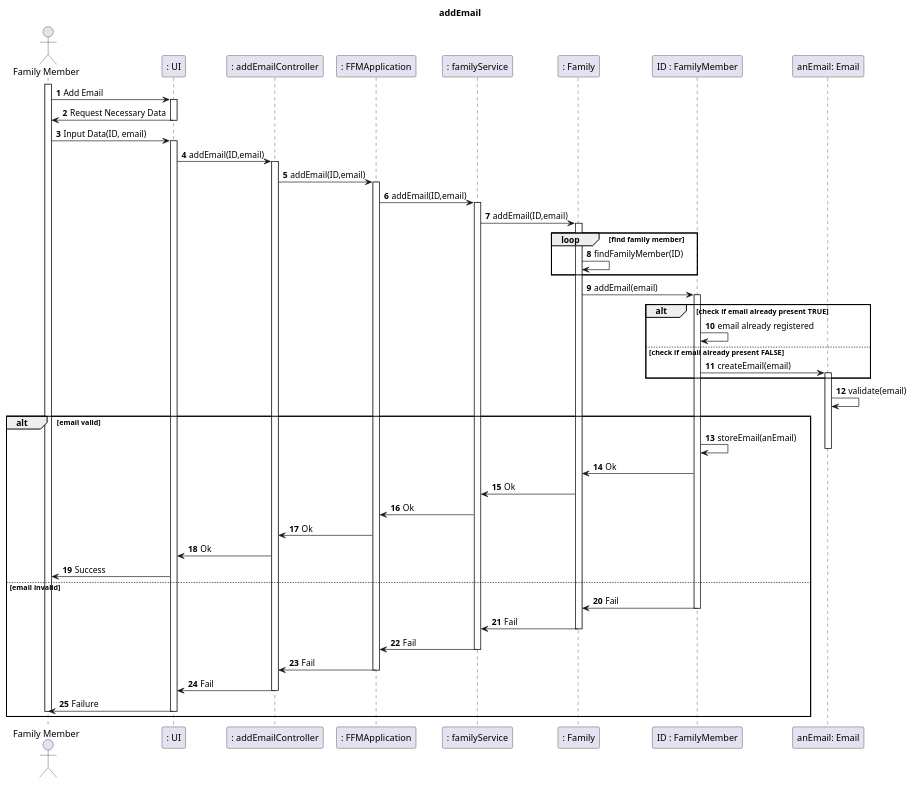
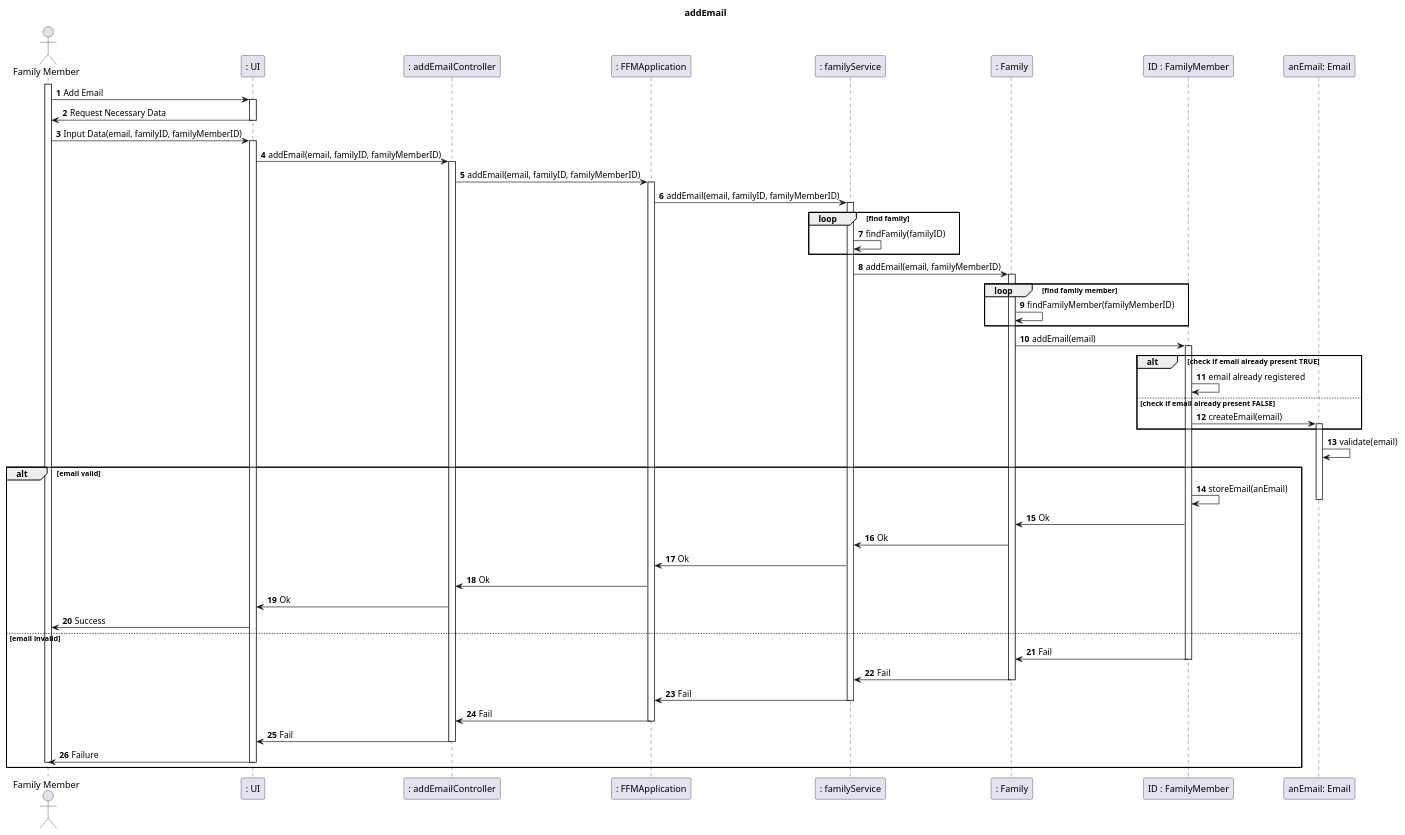
The diagram in docs/US151AddEmail.md (tomas-osswald/switch_2020_g3), drawn with PlantUML before and after one commit.

Commit message:
Corrected sequence diagram to reflect the input of the FamilyID

`````diff
--- a/docs/US151AddEmail.md
+++ b/docs/US151AddEmail.md
@@ -31,74 +31,77 @@
 ````puml
 @startuml
 autonumber
 title addEmail
 actor "Family Member" as actor
 participant ": UI" as UI
 participant ": addEmailController" as controller
 participant ": FFMApplication" as application
 participant ": familyService" as service
 participant ": Family" as family
 participant "ID : FamilyMember" as familym
 participant "anEmail: Email" as email
 
 activate actor
 actor -> UI: Add Email
 activate UI
 UI -> actor: Request Necessary Data
 deactivate UI
-actor -> UI: Input Data(ID, email)
+actor -> UI: Input Data(email, familyID, familyMemberID)
 activate UI
-UI -> controller: addEmail(ID,email)
+UI -> controller: addEmail(email, familyID, familyMemberID)
 activate controller
-controller -> application: addEmail(ID,email)
+controller -> application: addEmail(email, familyID, familyMemberID)
 activate application
-application -> service: addEmail(ID,email)
+application -> service: addEmail(email, familyID, familyMemberID)
 activate service
-service -> family: addEmail(ID,email)
+loop find family
+    service -> service: findFamily(familyID)
+    end
+service -> family: addEmail(email, familyMemberID)
 activate family
 loop find family member
-    family -> family: findFamilyMember(ID)
+    family -> family: findFamilyMember(familyMemberID)
     end
 family -> familym: addEmail(email)
 activate familym
 
 alt check if email already present TRUE
 
     familym -> familym: email already registered
 
 else check if email already present FALSE
     familym -> email: createEmail(email)
     activate email
     end
 
 email -> email: validate(email)
 
 alt email valid
     
     familym -> familym: storeEmail(anEmail)
     deactivate email
     familym -> family: Ok
     family -> service: Ok
     service -> application: Ok
     application -> controller: Ok
     controller -> UI: Ok
     UI -> actor: Success
 
 else email invalid
     
     familym -> family: Fail
     deactivate familym
     family -> service: Fail
     deactivate family
     service -> application: Fail
     deactivate service
     application -> controller: Fail
     deactivate application
     controller -> UI: Fail
     deactivate controller
     UI -> actor: Failure
     deactivate UI
     deactivate actor
     end
 @enduml
 ````
`````
